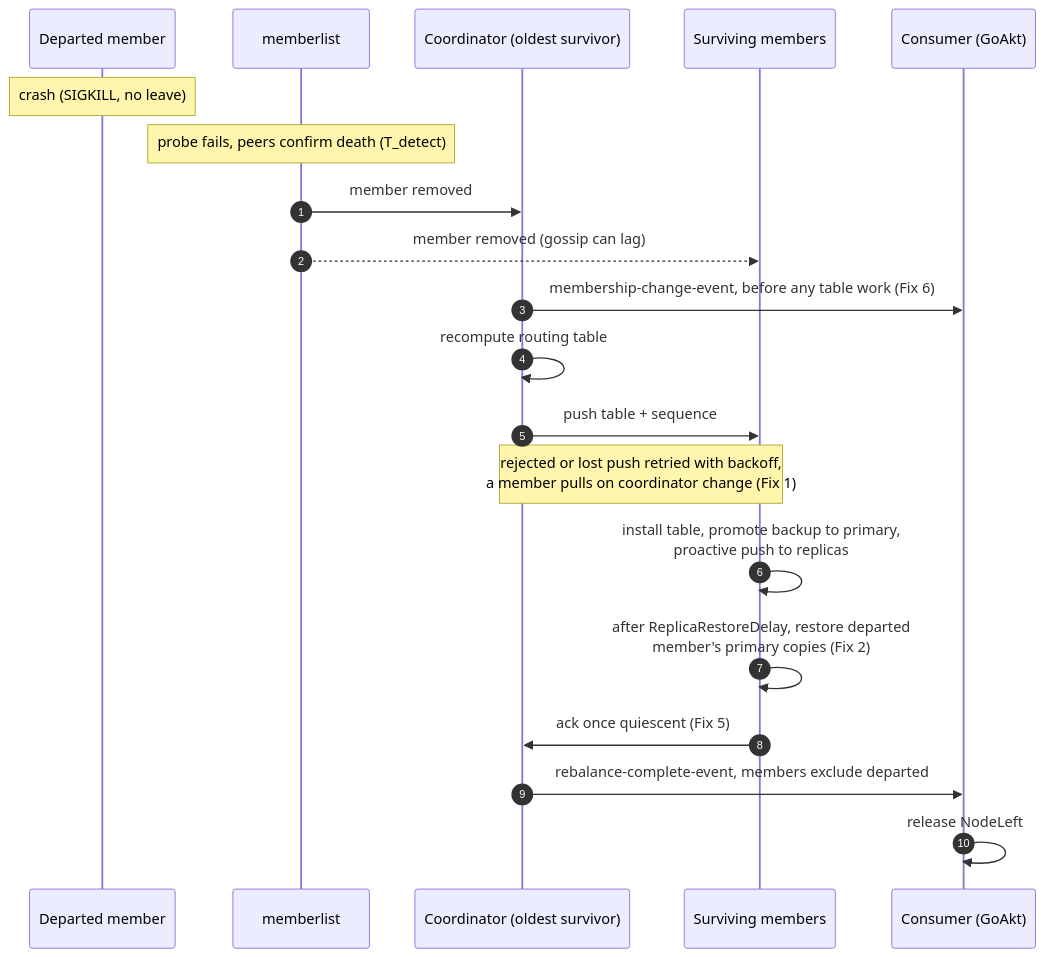
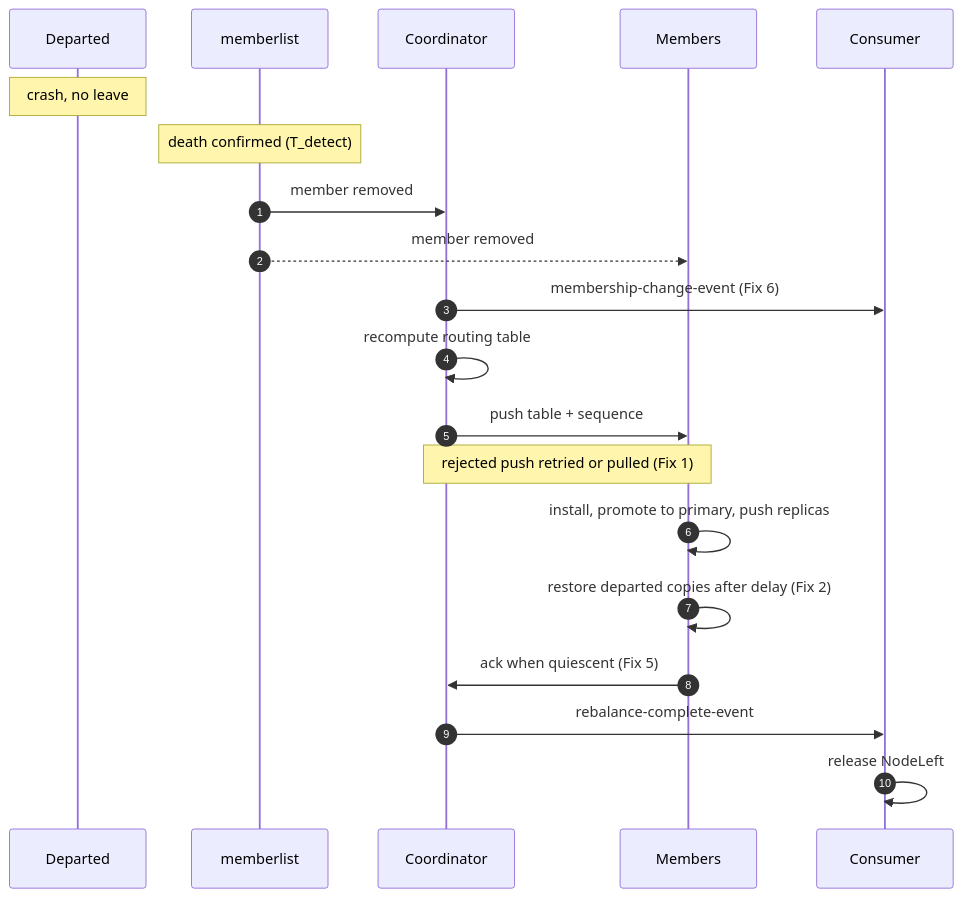
Before and after one commit to Tochemey/olric: the diagram in NODE_LEFT_CONVERGENCE_PLAN.md, drawn with Mermaid. The commit also changed other lines of this file, not shown here.

Commit message:
docs: add a diagram to the node left design doc

````diff
--- a/NODE_LEFT_CONVERGENCE_PLAN.md
+++ b/NODE_LEFT_CONVERGENCE_PLAN.md
@@ -281,23 +281,23 @@
 ```mermaid
 sequenceDiagram
     autonumber
-    participant D as Departed member
+    participant D as Departed
     participant ML as memberlist
-    participant C as Coordinator (oldest survivor)
-    participant M as Surviving members
-    participant K as Consumer (GoAkt)
+    participant C as Coordinator
+    participant M as Members
+    participant K as Consumer
 
-    Note over D: crash (SIGKILL, no leave)
-    Note over ML: probe fails, peers confirm death (T_detect)
+    Note over D: crash, no leave
+    Note over ML: death confirmed (T_detect)
     ML->>C: member removed
-    ML-->>M: member removed (gossip can lag)
-    C->>K: membership-change-event, before any table work (Fix 6)
+    ML-->>M: member removed
+    C->>K: membership-change-event (Fix 6)
     C->>C: recompute routing table
     C->>M: push table + sequence
-    Note over C,M: rejected or lost push retried with backoff,<br/>a member pulls on coordinator change (Fix 1)
-    M->>M: install table, promote backup to primary,<br/>proactive push to replicas
-    M->>M: after ReplicaRestoreDelay, restore departed<br/>member's primary copies (Fix 2)
-    M->>C: ack once quiescent (Fix 5)
-    C->>K: rebalance-complete-event, members exclude departed
+    Note over C,M: rejected push retried or pulled (Fix 1)
+    M->>M: install, promote to primary, push replicas
+    M->>M: restore departed copies after delay (Fix 2)
+    M->>C: ack when quiescent (Fix 5)
+    C->>K: rebalance-complete-event
     K->>K: release NodeLeft
 ```
````
